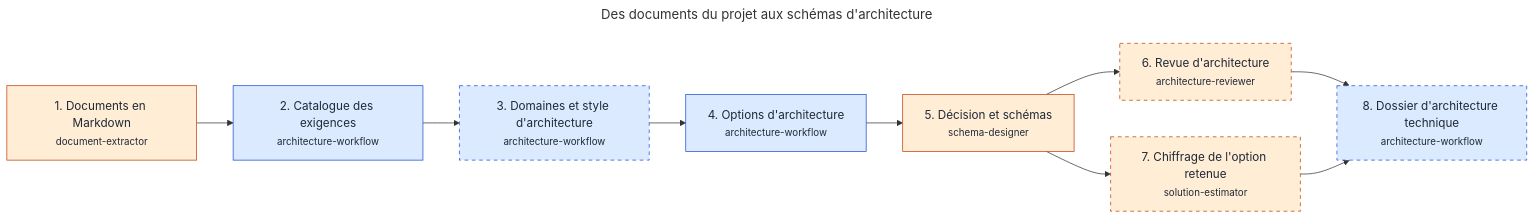
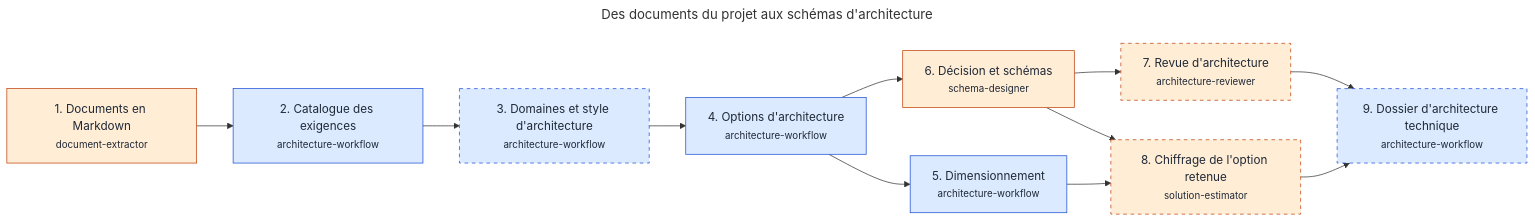
The diagram in docs/workflows/architecture.md (RenaudVanhille/myskills), drawn with Mermaid before and after one commit. The commit also changed other lines of this file and 18 other files, not shown here.

First line of the commit message:
feat: volumétrie demandée dès les exigences, dimensionnement avant le chiffrage (#144)

````diff
--- a/docs/workflows/architecture.md
+++ b/docs/workflows/architecture.md
@@ -18,28 +18,31 @@
 ```mermaid
 ---
 title: "Des documents du projet aux schémas d'architecture"
 ---
 flowchart LR
   s_documents["1. Documents en Markdown<br/><small>document-extractor</small>"]
   s_exigences["2. Catalogue des exigences<br/><small>architecture-workflow</small>"]
   s_domaines["3. Domaines et style d'architecture<br/><small>architecture-workflow</small>"]
   s_architectures["4. Options d'architecture<br/><small>architecture-workflow</small>"]
-  s_schemas["5. Décision et schémas<br/><small>schema-designer</small>"]
-  s_revue["6. Revue d'architecture<br/><small>architecture-reviewer</small>"]
-  s_chiffrage["7. Chiffrage de l'option retenue<br/><small>solution-estimator</small>"]
-  s_dossier["8. Dossier d'architecture technique<br/><small>architecture-workflow</small>"]
+  s_dimensionnement["5. Dimensionnement<br/><small>architecture-workflow</small>"]
+  s_schemas["6. Décision et schémas<br/><small>schema-designer</small>"]
+  s_revue["7. Revue d'architecture<br/><small>architecture-reviewer</small>"]
+  s_chiffrage["8. Chiffrage de l'option retenue<br/><small>solution-estimator</small>"]
+  s_dossier["9. Dossier d'architecture technique<br/><small>architecture-workflow</small>"]
   s_documents --> s_exigences
   s_exigences --> s_domaines
   s_domaines --> s_architectures
+  s_architectures --> s_dimensionnement
   s_architectures --> s_schemas
   s_schemas --> s_revue
   s_schemas --> s_chiffrage
+  s_dimensionnement --> s_chiffrage
   s_revue --> s_dossier
   s_chiffrage --> s_dossier
   classDef moteur fill:#dbeafe,stroke:#1d4ed8,color:#1f2937
   classDef agent fill:#ffedd5,stroke:#c2410c,color:#1f2937
   classDef facultative stroke-dasharray:5 5
-  class s_exigences,s_domaines,s_architectures,s_dossier moteur
+  class s_exigences,s_domaines,s_architectures,s_dimensionnement,s_dossier moteur
   class s_documents,s_schemas,s_revue,s_chiffrage agent
   class s_domaines,s_revue,s_chiffrage,s_dossier facultative
 ```
````
